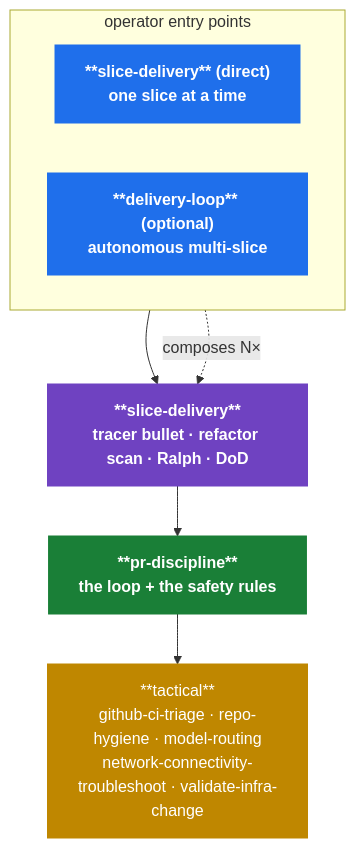
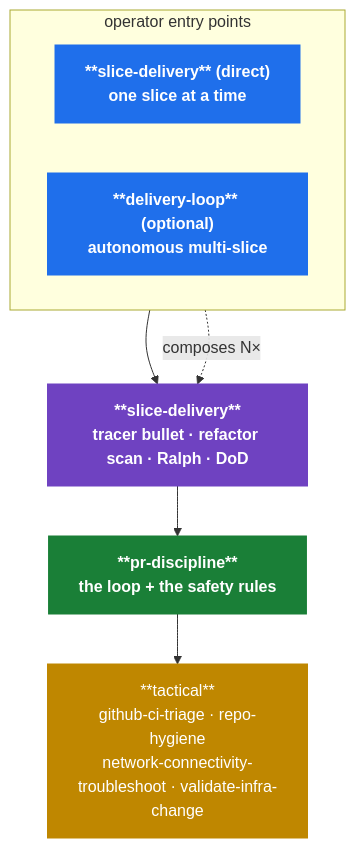
Before and after one commit to ujjaval-verma/skills: the diagram in README.md, drawn with Mermaid. The commit also changed other lines of this file and 4 other files, not shown here.

First line of the commit message:
chore(model-routing): remove skill; move reviewer-decorrelation rule into CLAUDE.md

````diff
--- a/README.md
+++ b/README.md
@@ -102,22 +100,22 @@
 ```mermaid
 flowchart TD
     classDef entry fill:#1f6feb,stroke:#1f6feb,color:#fff,font-weight:bold
     classDef exec fill:#6f42c1,stroke:#6f42c1,color:#fff,font-weight:bold
     classDef pr fill:#1a7f37,stroke:#1a7f37,color:#fff,font-weight:bold
     classDef tactical fill:#bf8700,stroke:#bf8700,color:#fff
 
     subgraph EP["operator entry points"]
         direction LR
         direct["**slice-delivery** (direct)<br/>one slice at a time"]:::entry
         loop["**delivery-loop** (optional)<br/>autonomous multi-slice"]:::entry
     end
 
     slice["**slice-delivery**<br/>tracer bullet · refactor scan · Ralph · DoD"]:::exec
     pr["**pr-discipline**<br/>the loop + the safety rules"]:::pr
-    tactical["**tactical**<br/>github-ci-triage · repo-hygiene · model-routing<br/>network-connectivity-troubleshoot · validate-infra-change"]:::tactical
+    tactical["**tactical**<br/>github-ci-triage · repo-hygiene<br/>network-connectivity-troubleshoot · validate-infra-change"]:::tactical
 
     direct --> slice
     loop -. "composes N×" .-> slice
     slice --> pr
     pr --> tactical
 ```
````
